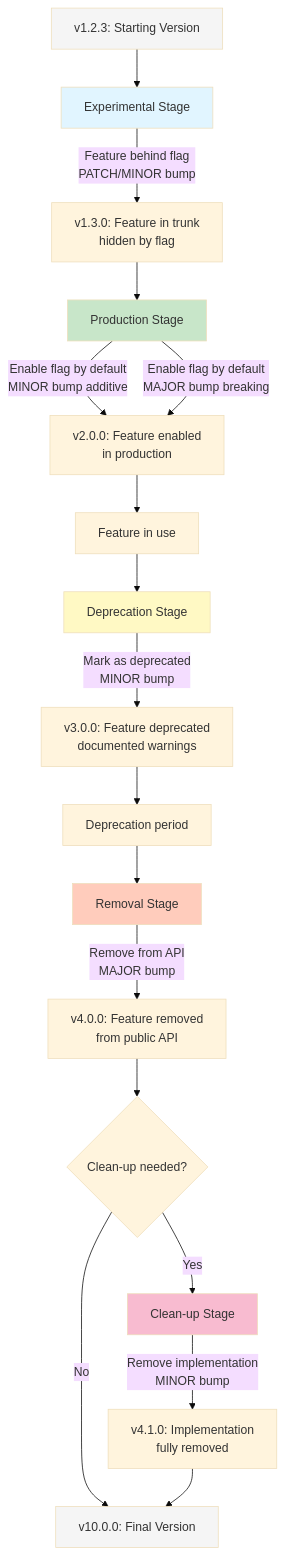
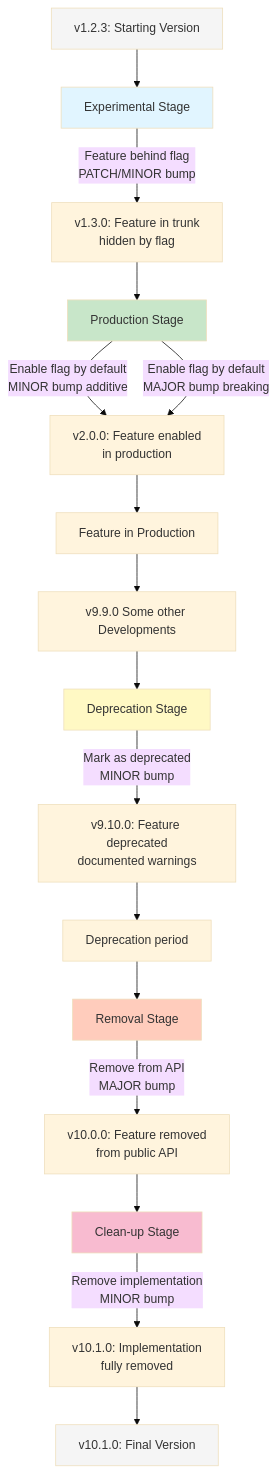
One commit to iakovn/mkdocs-arch changed the diagram in docs/tbd-feature-lifecycle.md. Above: the diagram before and after it, drawn with Mermaid (base theme). The commit also changed other lines of this file, not shown here.

Commit message:
fix: corrected tbd example

````diff
--- a/docs/tbd-feature-lifecycle.md
+++ b/docs/tbd-feature-lifecycle.md
@@ -89,27 +89,26 @@
 ```mermaid
 graph TD
     A[v1.2.3: Starting Version] --> B[Experimental Stage]
     B --> |Feature behind flag<br/>PATCH/MINOR bump| C[v1.3.0: Feature in trunk<br/>hidden by flag]
     C --> D[Production Stage]
     D --> |Enable flag by default<br/>MINOR bump additive| E[v2.0.0: Feature enabled<br/>in production]
     D --> |Enable flag by default<br/>MAJOR bump breaking| E
-    E --> F[Feature in use]
-    F --> G[Deprecation Stage]
-    G --> |Mark as deprecated<br/>MINOR bump| H[v3.0.0: Feature deprecated<br/>documented warnings]
+    E --> F[Feature in Production]
+    F --> F1[v9.9.0 Some other Developments]
+    F1 --> G[Deprecation Stage]
+    G --> |Mark as deprecated<br/>MINOR bump| H[v9.10.0: Feature deprecated<br/>documented warnings]
     H --> I[Deprecation period]
     I --> J[Removal Stage]
-    J --> |Remove from API<br/>MAJOR bump| K[v4.0.0: Feature removed<br/>from public API]
-    K --> L{Clean-up needed?}
-    L --> |Yes| M[Clean-up Stage]
-    M --> |Remove implementation<br/>MINOR bump| N[v4.1.0: Implementation<br/>fully removed]
-    L --> |No| O[v10.0.0: Final Version]
-    N --> O
+    J --> |Remove from API<br/>MAJOR bump| K[v10.0.0: Feature removed<br/>from public API]
+    K --> M[Clean-up Stage]
+    M --> |Remove implementation<br/>MINOR bump| N[v10.1.0: Implementation<br/>fully removed]
+    N --> O[v10.1.0: Final Version]    
     
     style B fill:#e1f5ff
     style D fill:#c8e6c9
     style G fill:#fff9c4
     style J fill:#ffccbc
     style M fill:#f8bbd0
     style A fill:#f5f5f5
     style O fill:#f5f5f5
 ```
````
